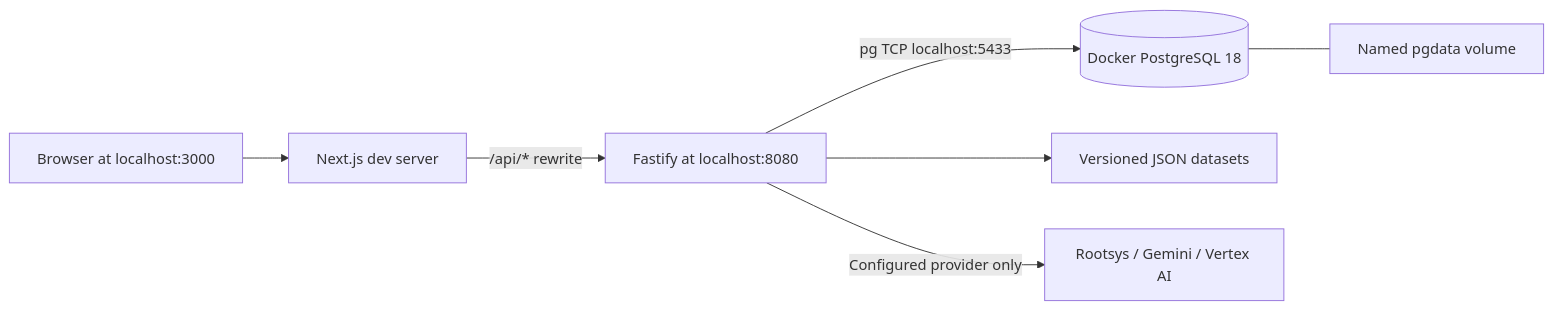
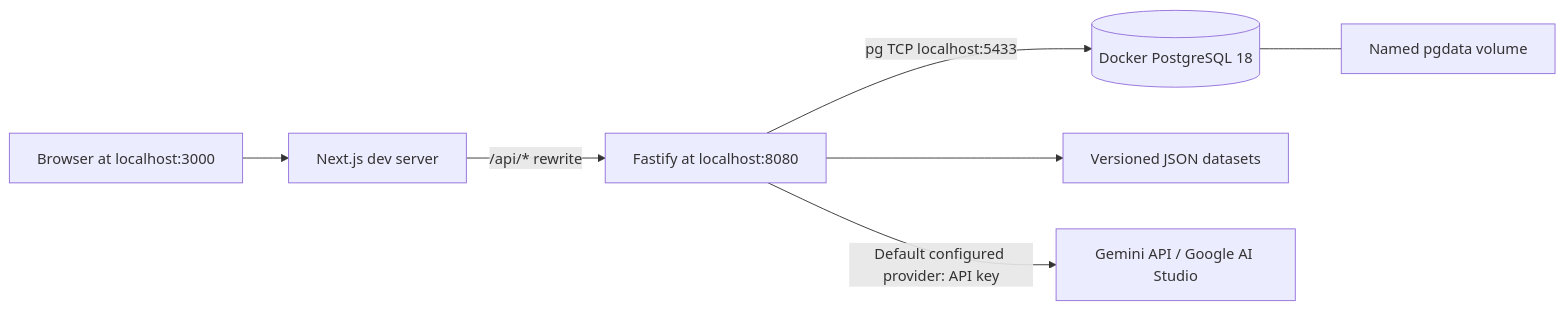
Before and after one commit to voxianshift/voxian-shift-dashboard: the first of 3 diagrams in ARCHITECTURE.md, drawn with Mermaid. The commit also changed other lines of this file and 20 other files, not shown here.

````diff
--- a/ARCHITECTURE.md
+++ b/ARCHITECTURE.md
@@ -37,9 +37,9 @@
 ```mermaid
 flowchart LR
   Browser[Browser at localhost:3000] --> Web[Next.js dev server]
   Web -->|/api/* rewrite| API[Fastify at localhost:8080]
   API -->|pg TCP localhost:5433| PG[(Docker PostgreSQL 18)]
   PG --- Volume[Named pgdata volume]
   API --> Data[Versioned JSON datasets]
-  API -->|Configured provider only| AI[Rootsys / Gemini / Vertex AI]
+  API -->|Default configured provider: API key| AI[Gemini API / Google AI Studio]
 ```
````
